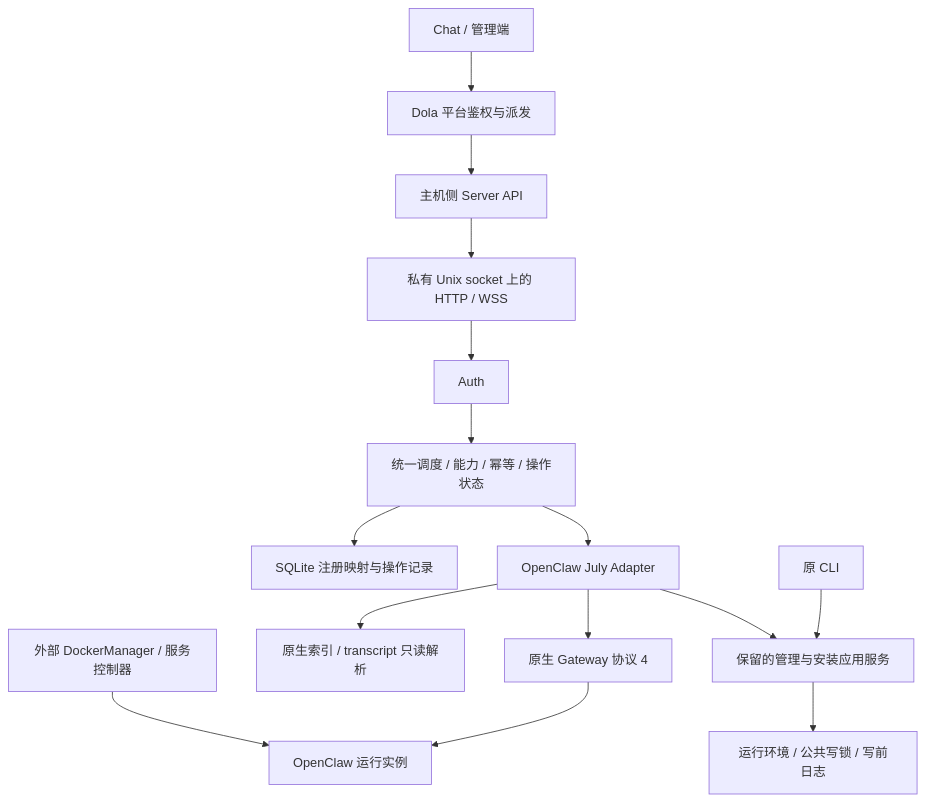
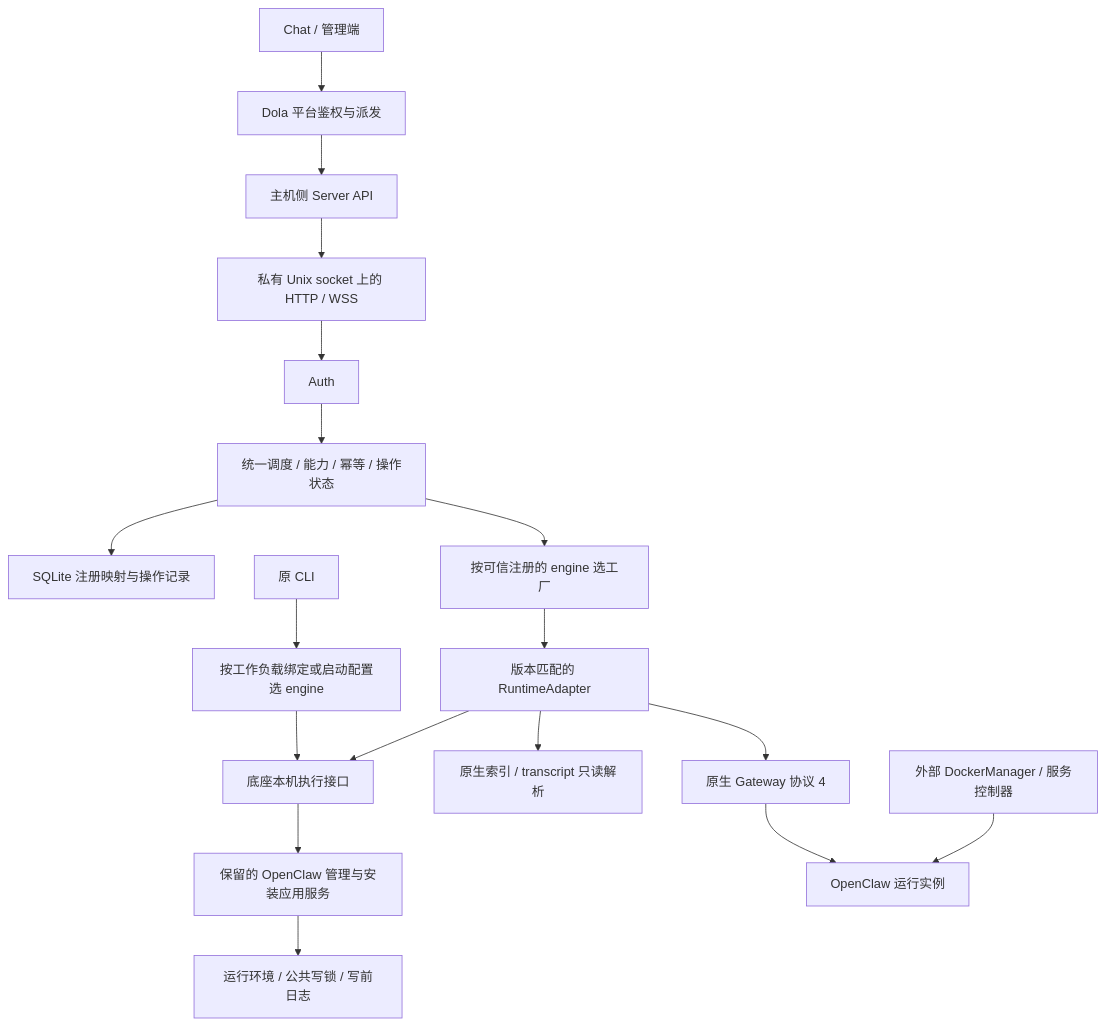
One commit to unitag-xyz/agent_manage changed the diagram in docs/v1-architecture.md. Above: the diagram before and after it, drawn with Mermaid. The commit also changed other lines of this file and 23 other files, not shown here.

Commit message:
Route CLI and Host runtime operations through a shared engine registry

````diff
--- a/docs/v1-architecture.md
+++ b/docs/v1-architecture.md
@@ -8,17 +8,20 @@
 ```mermaid
 flowchart TD
     Chat[Chat / 管理端] --> Dola[Dola 平台鉴权与派发]
     Dola --> Host[主机侧 Server API]
     Host --> HTTP[私有 Unix socket 上的 HTTP / WSS]
     HTTP --> Auth
     Auth --> Core[统一调度 / 能力 / 幂等 / 操作状态]
     Core --> Store[SQLite 注册映射与操作记录]
-    Core --> Adapter[OpenClaw July Adapter]
+    Core --> Registry[按可信注册的 engine 选工厂]
+    Registry --> Adapter[版本匹配的 RuntimeAdapter]
     Adapter --> Gateway[原生 Gateway 协议 4]
     Adapter --> History[原生索引 / transcript 只读解析]
-    Adapter --> Legacy[保留的管理与安装应用服务]
-    CLI[原 CLI] --> Legacy
+    Adapter --> Local[底座本机执行接口]
+    CLI[原 CLI] --> Select[按工作负载绑定或启动配置选 engine]
+    Select --> Local
+    Local --> Legacy[保留的 OpenClaw 管理与安装应用服务]
     Legacy --> Boundary[运行环境 / 公共写锁 / 写前日志]
     Controller[外部 DockerManager / 服务控制器] --> Runtime[OpenClaw 运行实例]
     Gateway --> Runtime
 ```
````
